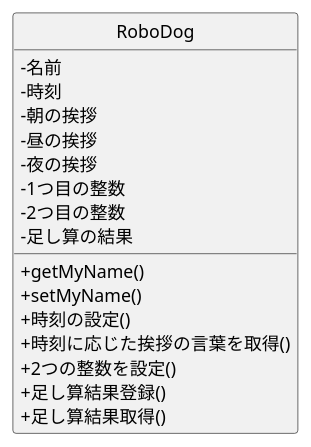
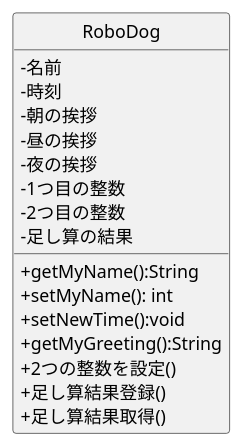
Before and after one commit to yama-0322/ohara_uml: the diagram in 06_robo_dog/class.pu, drawn with PlantUML. The commit also changed 8 other files, not shown here.

```diff
--- a/06_robo_dog/class.pu
+++ b/06_robo_dog/class.pu
@@ -1,24 +1,24 @@
 @startuml Robodogクラス図
 skinparam classAttributeIconSize 0
 hide circle
 
 class RoboDog {
  -名前
  -時刻
  -朝の挨拶
  -昼の挨拶
  -夜の挨拶
  -1つ目の整数
  -2つ目の整数
  -足し算の結果
 
- +getMyName()
- +setMyName()
- +時刻の設定()
- +時刻に応じた挨拶の言葉を取得()
+ +getMyName():String
+ +setMyName(): int
+ +setNewTime():void
+ +getMyGreeting():String
  +2つの整数を設定()
  +足し算結果登録()
  +足し算結果取得()
 }
 
 @enduml
```
